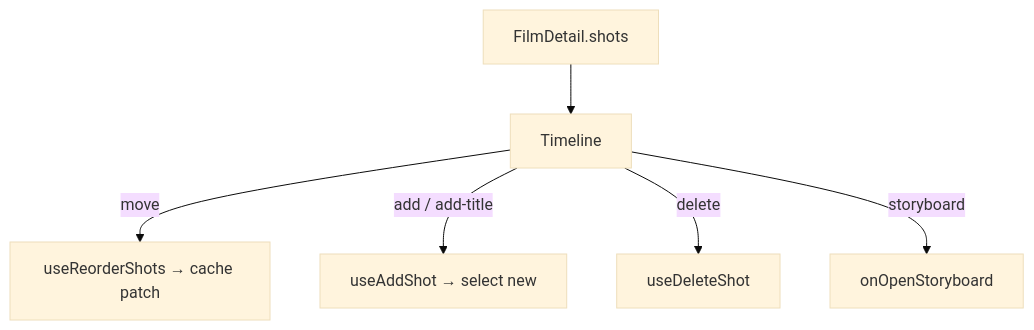
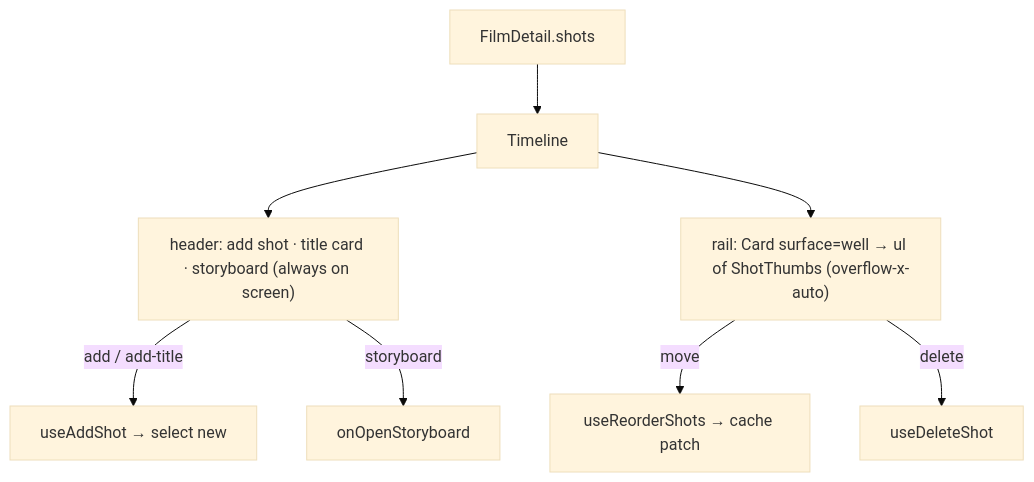
The diagram in apps/web/src/modules/Cinema/components/Timeline.tsx.md (AzamatRaimbekov2/openCreate), drawn with Mermaid (base theme) before and after one commit. The commit also changed other lines of this file and 56 other files, not shown here.

````diff
--- a/apps/web/src/modules/Cinema/components/Timeline.tsx.md
+++ b/apps/web/src/modules/Cinema/components/Timeline.tsx.md
@@ -26,8 +29,10 @@
 ```mermaid
 flowchart TD
   FILM[FilmDetail.shots] --> T[Timeline]
-  T -->|move| RE[useReorderShots → cache patch]
-  T -->|add / add-title| ADD[useAddShot → select new]
-  T -->|delete| DEL[useDeleteShot]
-  T -->|storyboard| SB[onOpenStoryboard]
+  T --> H["header: add shot · title card · storyboard (always on screen)"]
+  T --> R["rail: Card surface=well → ul of ShotThumbs (overflow-x-auto)"]
+  H -->|add / add-title| ADD[useAddShot → select new]
+  H -->|storyboard| SB[onOpenStoryboard]
+  R -->|move| RE[useReorderShots → cache patch]
+  R -->|delete| DEL[useDeleteShot]
 ```
````
